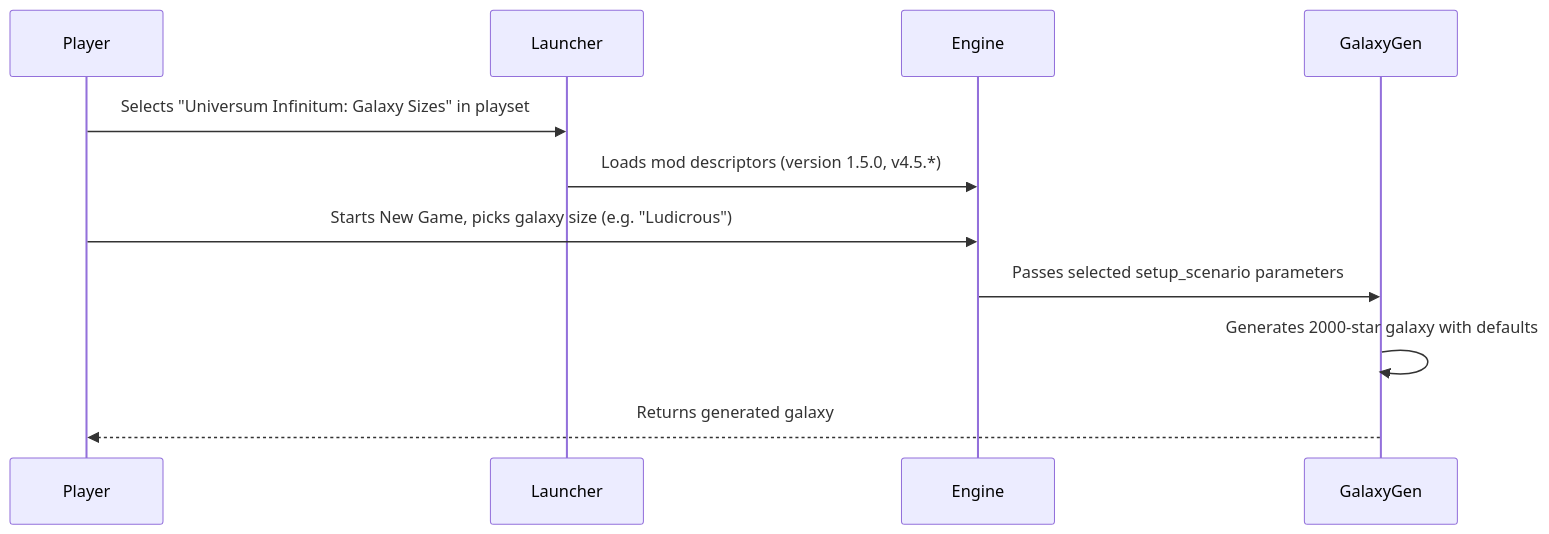
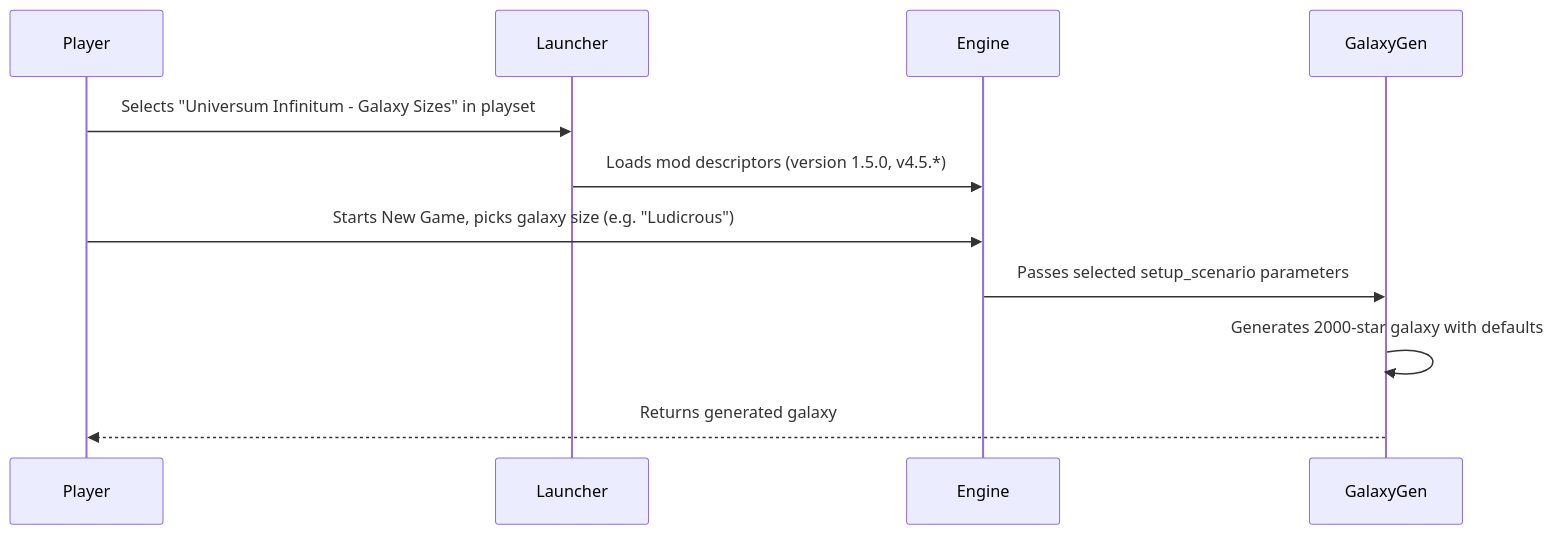
One commit to hmlendea/stellaris-ui-galaxy-sizes changed the third of 6 diagrams in ARCHITECTURE.md. Above: the diagram before and after it, drawn with Mermaid. The commit also changed other lines of this file and 41 other files, not shown here.

````diff
--- a/ARCHITECTURE.md
+++ b/ARCHITECTURE.md
@@ -61,13 +71,13 @@
 ```mermaid
 sequenceDiagram
     participant Player
     participant Launcher
     participant Engine
     participant GalaxyGen
-    Player->>Launcher: Selects "Universum Infinitum: Galaxy Sizes" in playset
+    Player->>Launcher: Selects "Universum Infinitum - Galaxy Sizes" in playset
     Launcher->>Engine: Loads mod descriptors (version 1.5.0, v4.5.*)
     Player->>Engine: Starts New Game, picks galaxy size (e.g. "Ludicrous")
     Engine->>GalaxyGen: Passes selected setup_scenario parameters
     GalaxyGen->>GalaxyGen: Generates 2000-star galaxy with defaults
     GalaxyGen-->>Player: Returns generated galaxy
 ```
````
